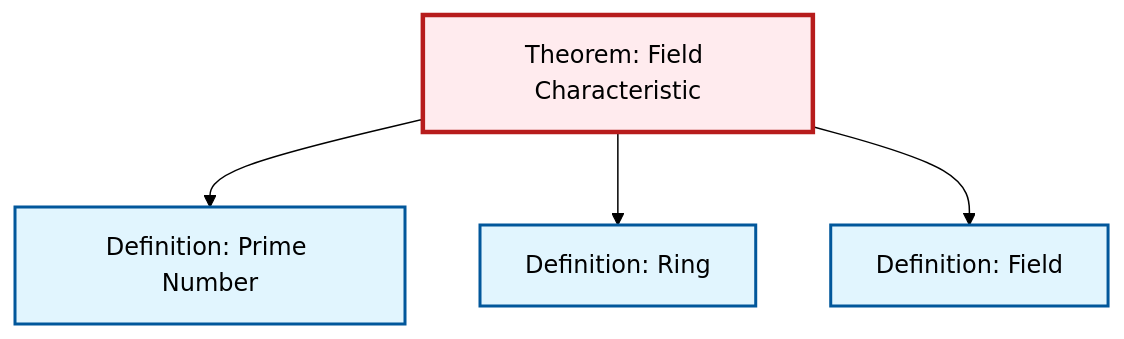
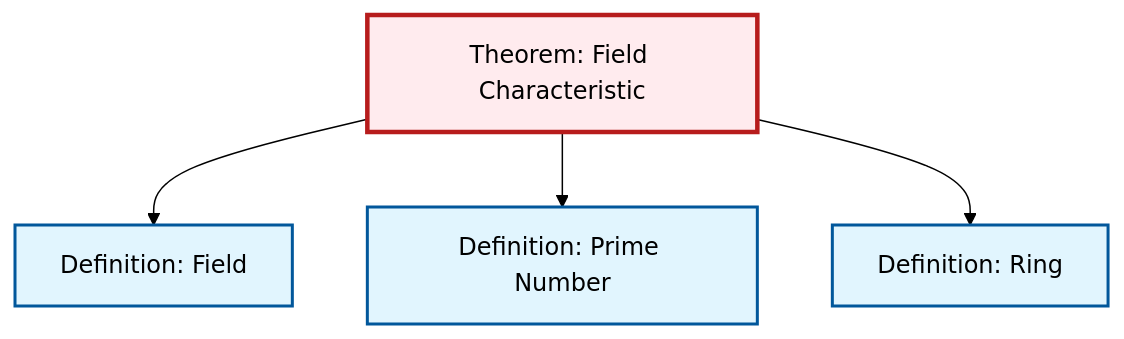
One commit to RK0429/ModernMath changed the diagram in content/ja/algebra/thm-field-characteristic.qmd. Above: the diagram before and after it, drawn with Mermaid (forest theme). The commit also changed other lines of this file and 554 other files, not shown here.

````diff
--- a/content/ja/algebra/thm-field-characteristic.qmd
+++ b/content/ja/algebra/thm-field-characteristic.qmd
@@ -54,20 +54,20 @@
 ```{mermaid}
 %%| fig-cap: "Local dependency graph"
 graph TD
     classDef definition fill:#e1f5fe,stroke:#01579b,stroke-width:2px
     classDef theorem fill:#f3e5f5,stroke:#4a148c,stroke-width:2px
     classDef axiom fill:#fff3e0,stroke:#e65100,stroke-width:2px
     classDef example fill:#e8f5e9,stroke:#1b5e20,stroke-width:2px
     classDef current fill:#ffebee,stroke:#b71c1c,stroke-width:3px
+    thm-field-characteristic["Theorem: Field Characteristic"]:::theorem
+    def-field["Definition: Field"]:::definition
+    def-prime["Definition: Prime Number"]:::definition
     def-ring["Definition: Ring"]:::definition
-    thm-field-characteristic["Theorem: Field Characteristic"]:::theorem
-    def-prime["Definition: Prime Number"]:::definition
-    def-field["Definition: Field"]:::definition
+    thm-field-characteristic --> def-field
     thm-field-characteristic --> def-prime
     thm-field-characteristic --> def-ring
-    thm-field-characteristic --> def-field
     class thm-field-characteristic current
+    click def-field "def-field.html" "Definition: Fieldへ"
+    click def-prime "def-prime.html" "Definition: Prime Numberへ"
     click def-ring "def-ring.html" "Definition: Ringへ"
-    click def-prime "def-prime.html" "Definition: Prime Numberへ"
-    click def-field "def-field.html" "Definition: Fieldへ"
 ```
````
